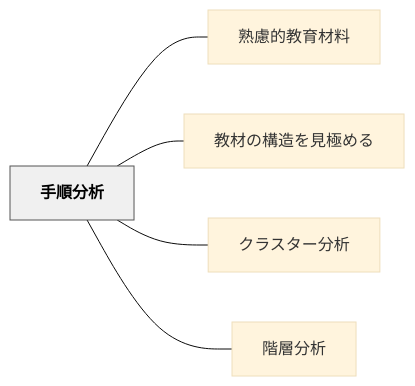
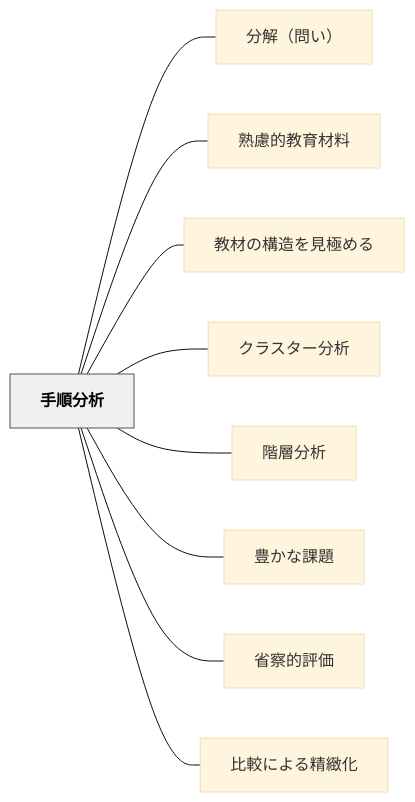
One commit to unknownthings-ed-patterns/unknownthings-ed-patterns changed the diagram in content/パタン/手順分析.md. Above: the diagram before and after it, drawn with Mermaid (base theme). The commit also changed other lines of this file and 71 other files, not shown here.

````diff
--- a/content/パタン/手順分析.md
+++ b/content/パタン/手順分析.md
@@ -44,16 +48,24 @@
 ```mermaid
 flowchart LR
     ne6898be9a086e58886e69e90["手順分析"]
+    ne58886e8a7a3efbc88e5958fe38184efbc89["分解（問い）"]
     ne7869fe685aee79a84e69599e882b2e69d90e69699["熟慮的教育材料"]
     ne69599e69d90e381aee6a78be980a0e38292e8a68be6a5b5e38281e3828b["教材の構造を見極める"]
     ne382afe383a9e382b9e382bfe383bce58886e69e90["クラスター分析"]
     ne99a8ee5b1a4e58886e69e90["階層分析"]
+    ne8b18ae3818be381aae8aab2e9a18c["豊かな課題"]
+    ne79c81e5af9fe79a84e8a995e4bea1["省察的評価"]
+    ne6af94e8bc83e381abe38288e3828be7b2bee7b7bbe58c96["比較による精緻化"]
 
+    ne6898be9a086e58886e69e90 --- ne58886e8a7a3efbc88e5958fe38184efbc89
     ne6898be9a086e58886e69e90 --- ne7869fe685aee79a84e69599e882b2e69d90e69699
     ne6898be9a086e58886e69e90 --- ne69599e69d90e381aee6a78be980a0e38292e8a68be6a5b5e38281e3828b
     ne6898be9a086e58886e69e90 --- ne382afe383a9e382b9e382bfe383bce58886e69e90
     ne6898be9a086e58886e69e90 --- ne99a8ee5b1a4e58886e69e90
+    ne6898be9a086e58886e69e90 --- ne8b18ae3818be381aae8aab2e9a18c
+    ne6898be9a086e58886e69e90 --- ne79c81e5af9fe79a84e8a995e4bea1
+    ne6898be9a086e58886e69e90 --- ne6af94e8bc83e381abe38288e3828be7b2bee7b7bbe58c96
 
     classDef hub fill:#f0f0f0,stroke:#555,color:#000,font-weight:bold
     class ne6898be9a086e58886e69e90 hub
 ```
````
